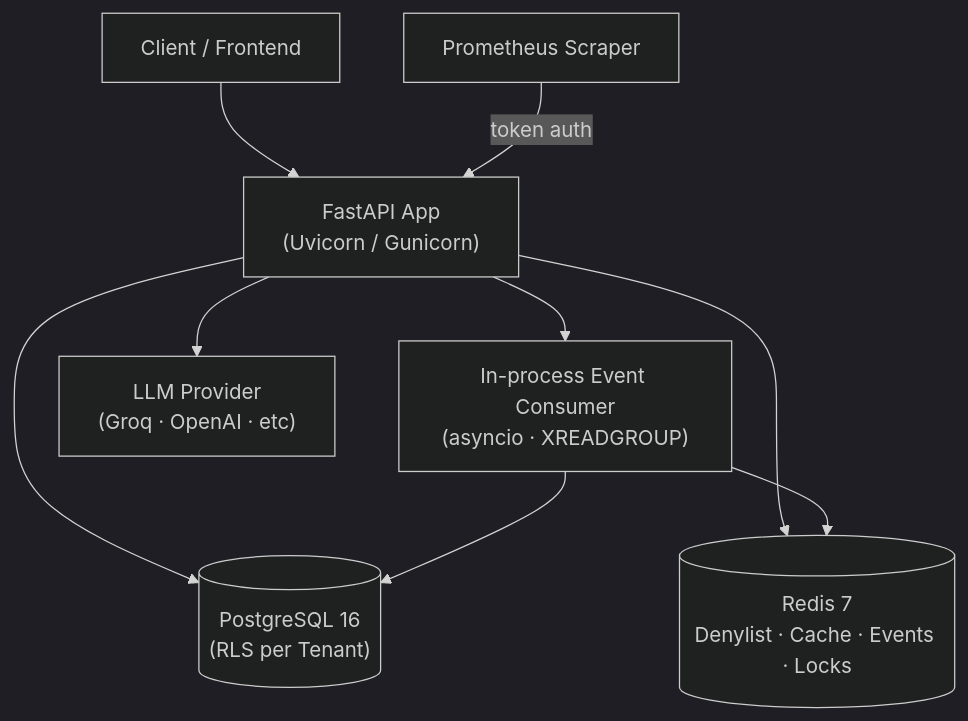
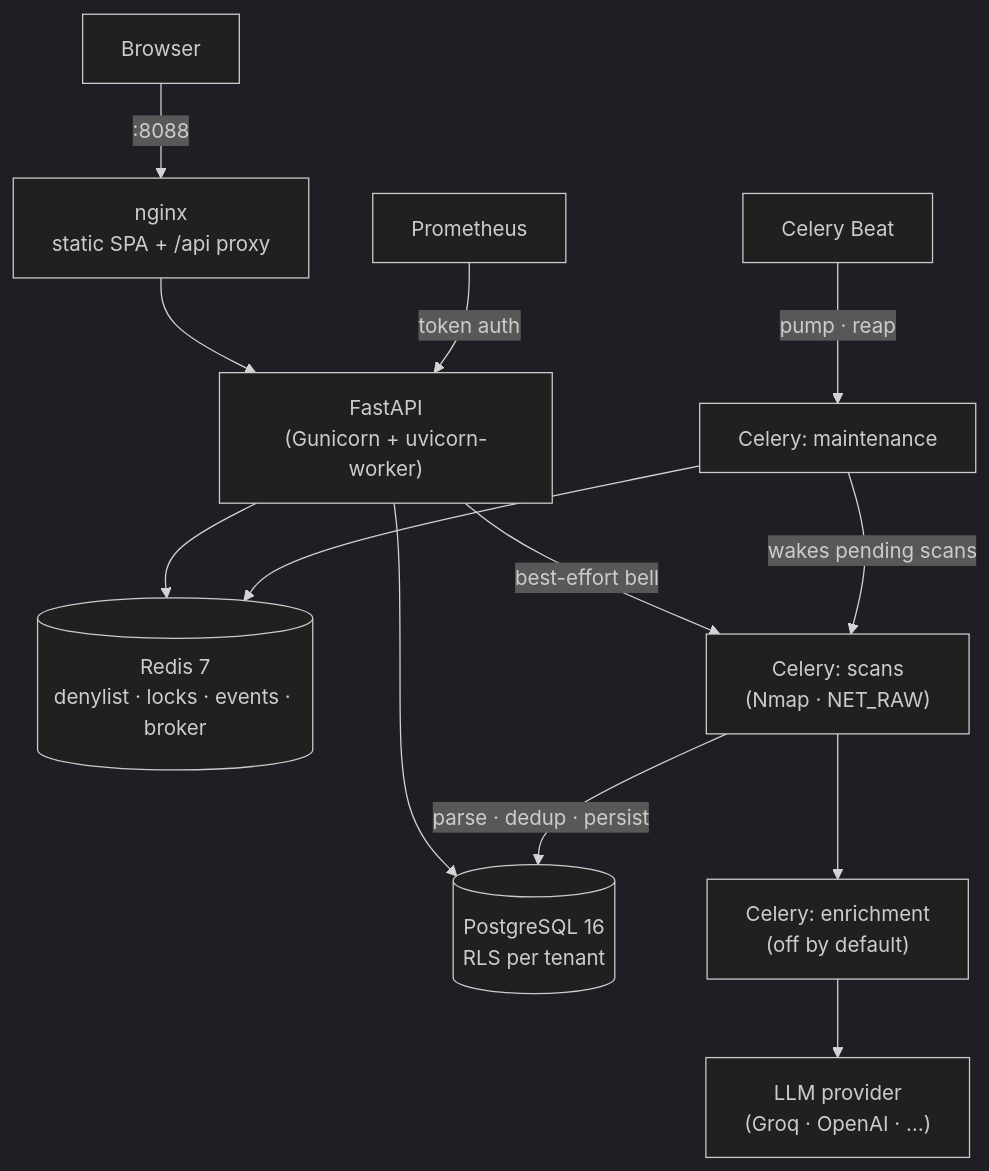
Before and after one commit to Dani1lopez/soc360-pymes: the first of 4 diagrams in README.md, drawn with Mermaid (dark theme). The commit also changed other lines of this file and 19 other files, not shown here.

````diff
--- a/README.md
+++ b/README.md
@@ -58,11 +58,15 @@
 ```mermaid
 graph TB
-    Client["Client / Frontend"] --> API["FastAPI App<br/>(Uvicorn / Gunicorn)"]
-    API --> PG[("PostgreSQL 16<br/>(RLS per Tenant)")]
-    API --> Redis[("Redis 7<br/>Denylist · Cache · Events · Locks")]
-    API --> Consumer["In-process Event Consumer<br/>(asyncio · XREADGROUP)"]
-    Consumer --> Redis
-    Consumer --> PG
-    API --> LLM["LLM Provider<br/>(Groq · OpenAI · etc)"]
-    Scraper["Prometheus Scraper"] -->|token auth| API
+    Browser["Browser"] -->|:8088| Nginx["nginx<br/>static SPA + /api proxy"]
+    Nginx --> API["FastAPI<br/>(Gunicorn + uvicorn-worker)"]
+    API --> PG[("PostgreSQL 16<br/>RLS per tenant")]
+    API --> Redis[("Redis 7<br/>denylist · locks · events · broker")]
+    API -->|best-effort bell| Worker["Celery: scans<br/>(Nmap · NET_RAW)"]
+    Beat["Celery Beat"] -->|pump · reap| Maintenance["Celery: maintenance"]
+    Maintenance -->|wakes pending scans| Worker
+    Maintenance --> Redis
+    Worker -->|parse · dedup · persist| PG
+    Worker --> Enrichment["Celery: enrichment<br/>(off by default)"]
+    Enrichment --> LLM["LLM provider<br/>(Groq · OpenAI · …)"]
+    Scraper["Prometheus"] -->|token auth| API
 ```
````
